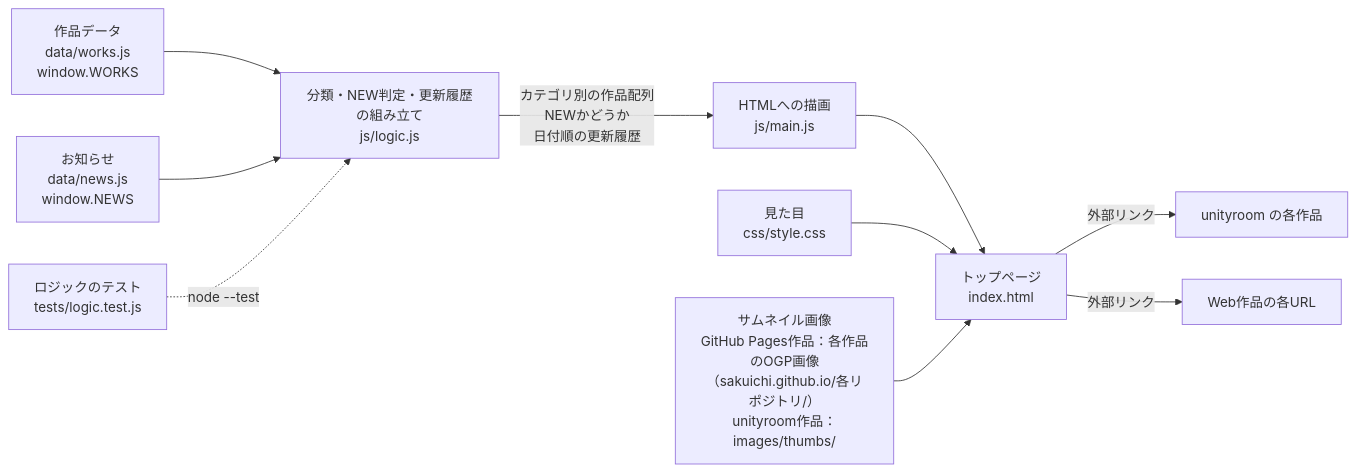
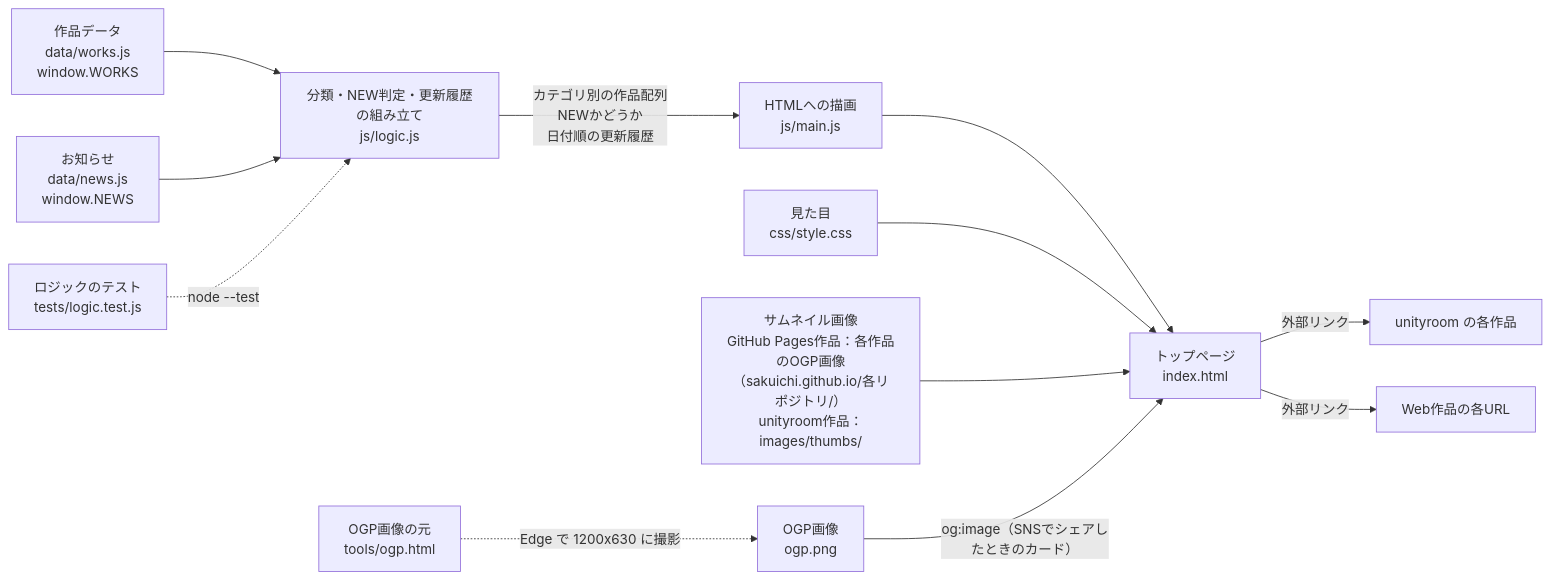
One commit to sakuichi/portfolio changed the diagram in docs/architecture.md. Above: the diagram before and after it, drawn with Mermaid. The commit also changed other lines of this file and 3 other files, not shown here.

````diff
--- a/docs/architecture.md
+++ b/docs/architecture.md
@@ -8,13 +8,15 @@
 ```mermaid
 flowchart LR
   W["作品データ<br>data/works.js<br>window.WORKS"] --> L
   N["お知らせ<br>data/news.js<br>window.NEWS"] --> L
   L["分類・NEW判定・更新履歴の組み立て<br>js/logic.js"] -->|"カテゴリ別の作品配列<br>NEWかどうか<br>日付順の更新履歴"| M
   M["HTMLへの描画<br>js/main.js"] --> I
   I["トップページ<br>index.html"]
   C["見た目<br>css/style.css"] --> I
   T["サムネイル画像<br>GitHub Pages作品：各作品のOGP画像（sakuichi.github.io/各リポジトリ/）<br>unityroom作品：images/thumbs/"] --> I
   I -->|外部リンク| U["unityroom の各作品"]
   I -->|外部リンク| S["Web作品の各URL"]
   X["ロジックのテスト<br>tests/logic.test.js"] -.->|node --test| L
+  O["OGP画像の元<br>tools/ogp.html"] -.->|Edge で 1200x630 に撮影| P["OGP画像<br>ogp.png"]
+  P -->|"og:image（SNSでシェアしたときのカード）"| I
 ```
````
